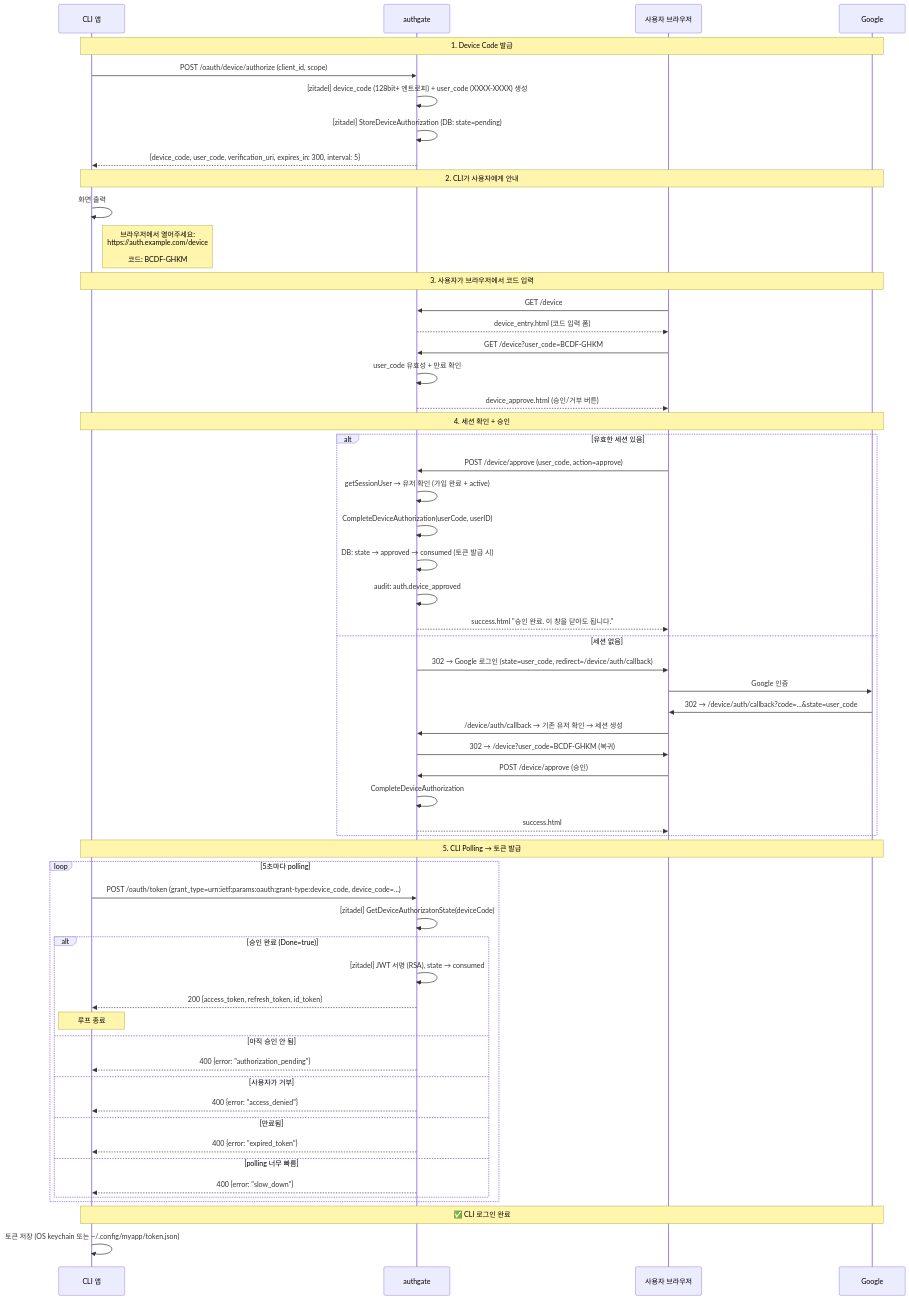
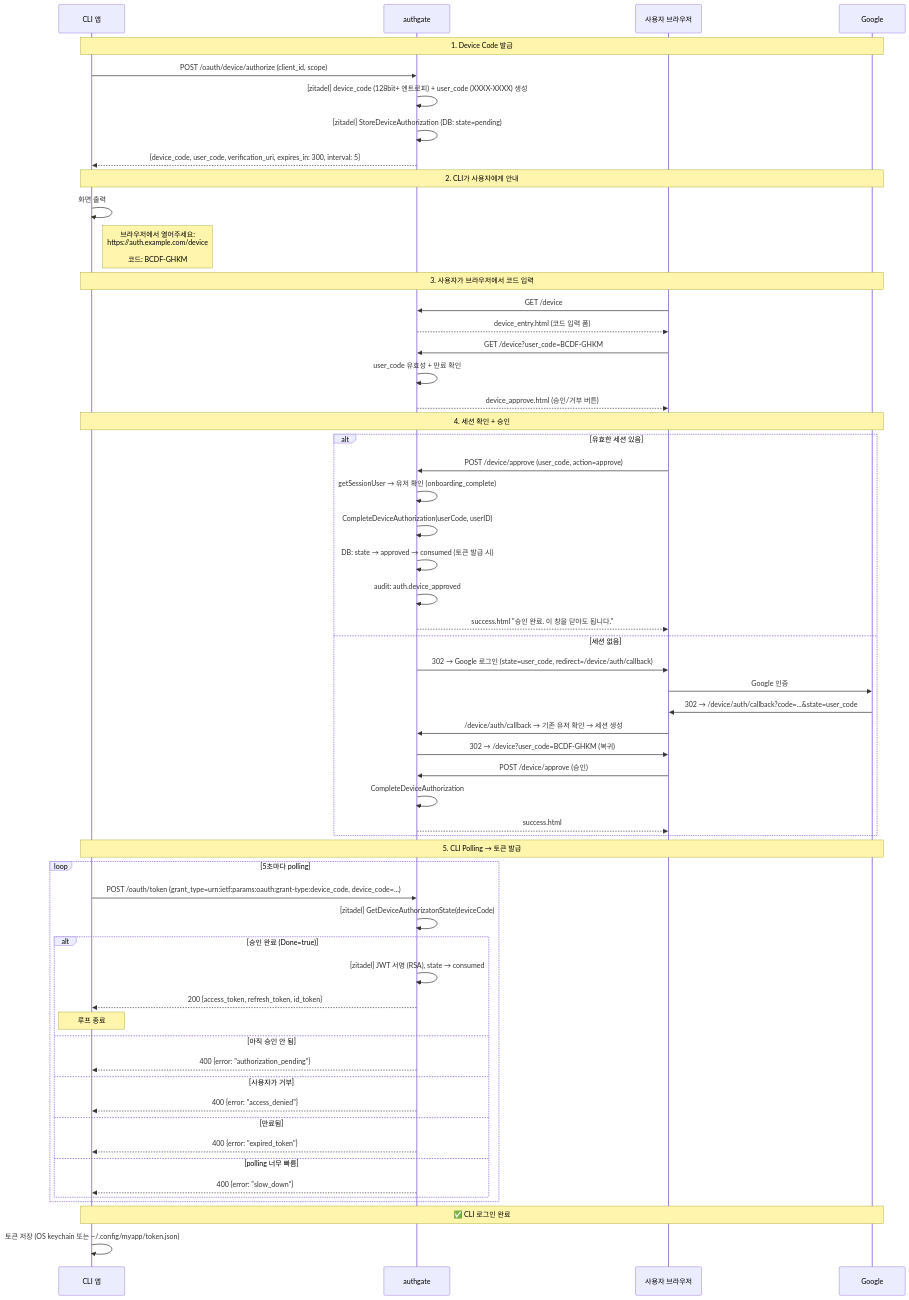
The first of 2 diagrams in docs/spec/003-device-login.md (cagojeiger/authgate), drawn with Mermaid before and after one commit. The commit also changed other lines of this file and 8 other files, not shown here.

````diff
--- a/docs/spec/003-device-login.md
+++ b/docs/spec/003-device-login.md
@@ -38,65 +38,65 @@
 ```mermaid
 sequenceDiagram
     participant CLI as CLI 앱
     participant AG as authgate
     participant U as 사용자 브라우저
     participant G as Google
 
     Note over CLI,G: 1. Device Code 발급
     CLI->>AG: POST /oauth/device/authorize (client_id, scope)
     AG->>AG: [zitadel] device_code (128bit+ 엔트로피) + user_code (XXXX-XXXX) 생성
     AG->>AG: [zitadel] StoreDeviceAuthorization (DB: state=pending)
     AG-->>CLI: {device_code, user_code, verification_uri, expires_in: 300, interval: 5}
 
     Note over CLI,G: 2. CLI가 사용자에게 안내
     CLI->>CLI: 화면 출력
     Note right of CLI: 브라우저에서 열어주세요:<br/>https://auth.example.com/device<br/><br/>코드: BCDF-GHKM
 
     Note over CLI,G: 3. 사용자가 브라우저에서 코드 입력
     U->>AG: GET /device
     AG-->>U: device_entry.html (코드 입력 폼)
     U->>AG: GET /device?user_code=BCDF-GHKM
     AG->>AG: user_code 유효성 + 만료 확인
     AG-->>U: device_approve.html (승인/거부 버튼)
 
     Note over CLI,G: 4. 세션 확인 + 승인
     alt 유효한 세션 있음
         U->>AG: POST /device/approve (user_code, action=approve)
-        AG->>AG: getSessionUser → 유저 확인 (가입 완료 + active)
+        AG->>AG: getSessionUser → 유저 확인 (onboarding_complete)
         AG->>AG: CompleteDeviceAuthorization(userCode, userID)
         AG->>AG: DB: state → approved → consumed (토큰 발급 시)
         AG->>AG: audit: auth.device_approved
         AG-->>U: success.html "승인 완료. 이 창을 닫아도 됩니다."
     else 세션 없음
         AG->>U: 302 → Google 로그인 (state=user_code, redirect=/device/auth/callback)
         U->>G: Google 인증
         G->>U: 302 → /device/auth/callback?code=...&state=user_code
         U->>AG: /device/auth/callback → 기존 유저 확인 → 세션 생성
         AG->>U: 302 → /device?user_code=BCDF-GHKM (복귀)
         U->>AG: POST /device/approve (승인)
         AG->>AG: CompleteDeviceAuthorization
         AG-->>U: success.html
     end
 
     Note over CLI,G: 5. CLI Polling → 토큰 발급
     loop 5초마다 polling
         CLI->>AG: POST /oauth/token (grant_type=urn:ietf:params:oauth:grant-type:device_code, device_code=...)
         AG->>AG: [zitadel] GetDeviceAuthorizatonState(deviceCode)
         alt 승인 완료 (Done=true)
             AG->>AG: [zitadel] JWT 서명 (RSA), state → consumed
             AG-->>CLI: 200 {access_token, refresh_token, id_token}
             Note over CLI: 루프 종료
         else 아직 승인 안 됨
             AG-->>CLI: 400 {error: "authorization_pending"}
         else 사용자가 거부
             AG-->>CLI: 400 {error: "access_denied"}
         else 만료됨
             AG-->>CLI: 400 {error: "expired_token"}
         else polling 너무 빠름
             AG-->>CLI: 400 {error: "slow_down"}
         end
     end
 
     Note over CLI,G: ✅ CLI 로그인 완료
     CLI->>CLI: 토큰 저장 (OS keychain 또는 ~/.config/myapp/token.json)
 ```
````
